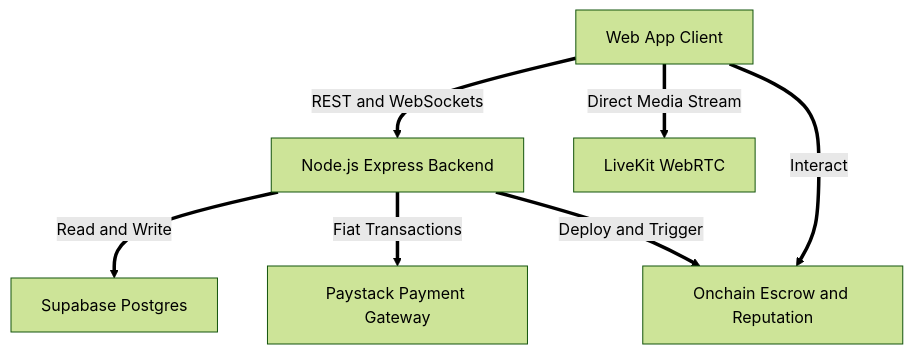
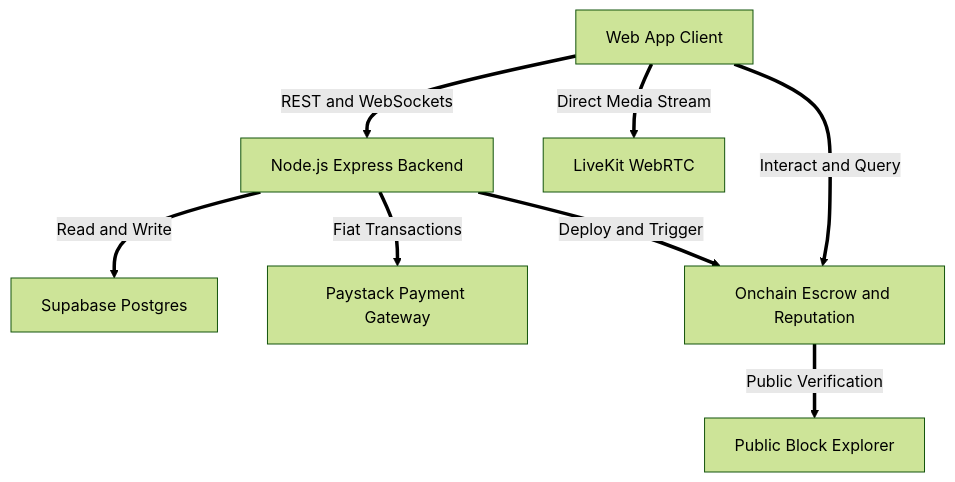
One commit to GoodnessFx/Grind changed the diagram in README.md. Above: the diagram before and after it, drawn with Mermaid (forest theme). The commit also changed other lines of this file and 2 other files, not shown here.

````diff
--- a/README.md
+++ b/README.md
@@ -28,16 +33,18 @@
 ```mermaid
 graph TD
     UserClient[Web App Client]
     BackendServer[Node.js Express Backend]
     SupabaseDB[Supabase Postgres]
     LiveKitServer[LiveKit WebRTC]
     SmartContracts[Onchain Escrow and Reputation]
     PaystackAPI[Paystack Payment Gateway]
+    BlockExplorer[Public Block Explorer]
 
     UserClient ==>|REST and WebSockets| BackendServer
     UserClient ==>|Direct Media Stream| LiveKitServer
     BackendServer ==>|Read and Write| SupabaseDB
     BackendServer ==>|Fiat Transactions| PaystackAPI
     BackendServer ==>|Deploy and Trigger| SmartContracts
-    UserClient ==>|Interact| SmartContracts
+    UserClient ==>|Interact and Query| SmartContracts
+    SmartContracts ==>|Public Verification| BlockExplorer
 ```
````
